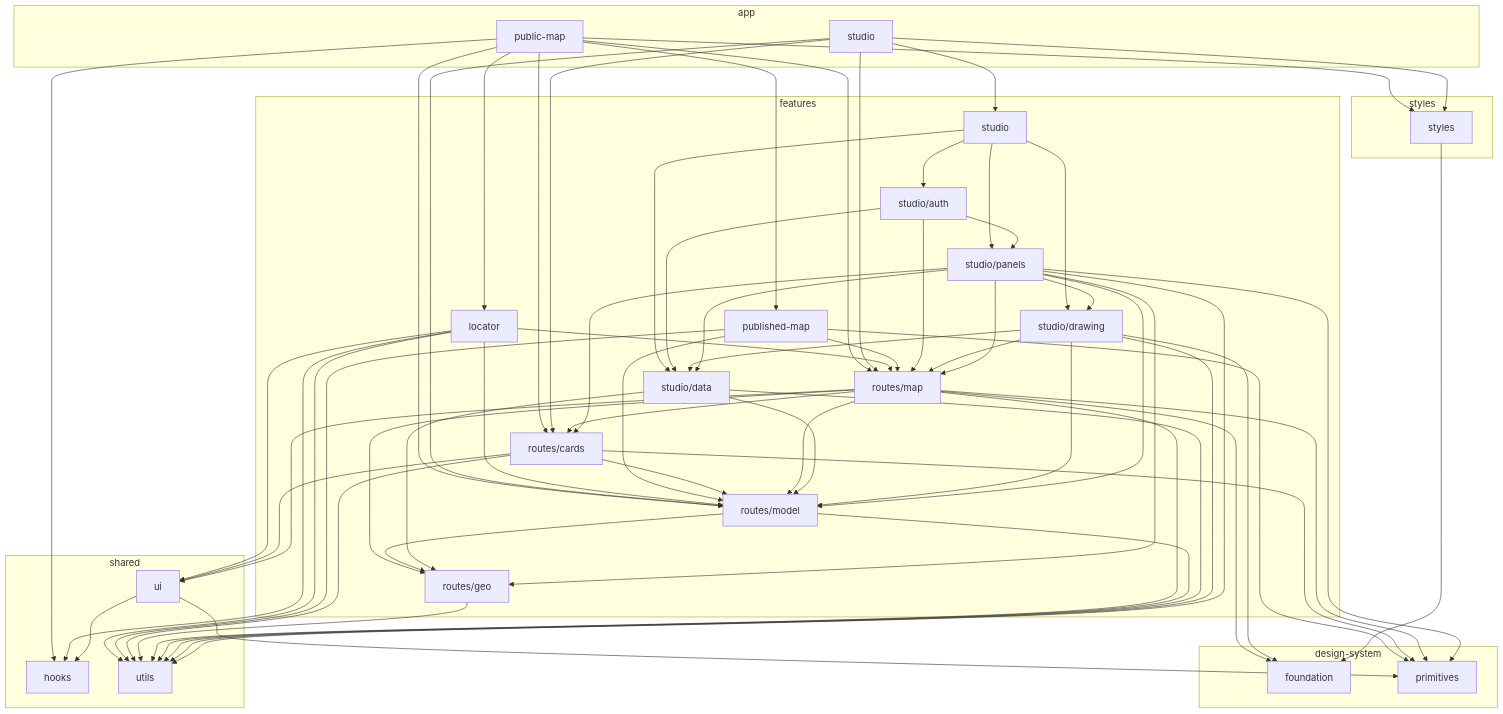
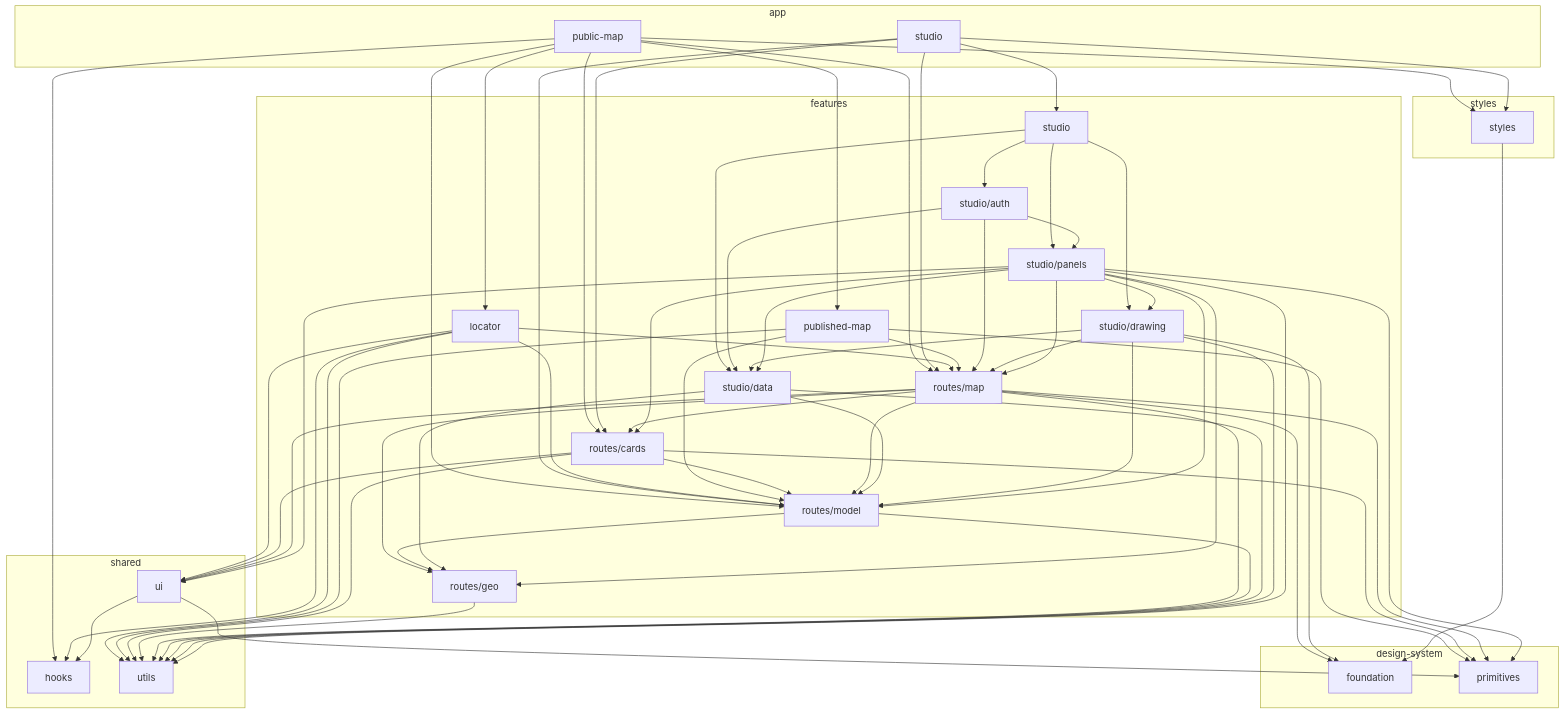
Before and after one commit to ParaOrg/Para: the diagram in docs/architecture.md, drawn with Mermaid. The commit also changed other lines of this file and 6 other files, not shown here.

```diff
--- a/docs/architecture.md
+++ b/docs/architecture.md
@@ -104,6 +104,7 @@
   features_studio_panels --> features_routes_model
   features_studio_panels --> features_studio_data
   features_studio_panels --> features_studio_drawing
+  features_studio_panels --> shared_ui
   features_studio_panels --> shared_utils
   shared_ui --> design_system_primitives
   shared_ui --> shared_hooks
```
